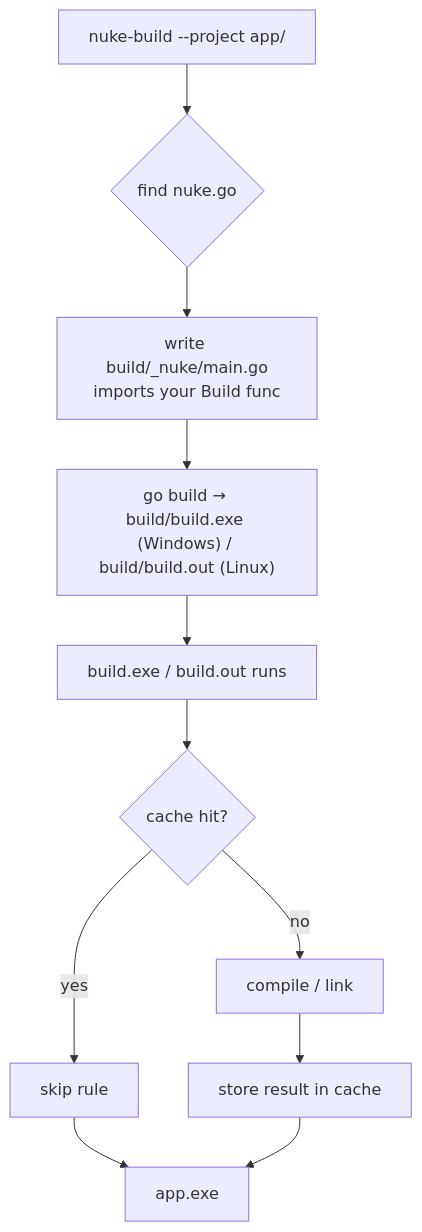
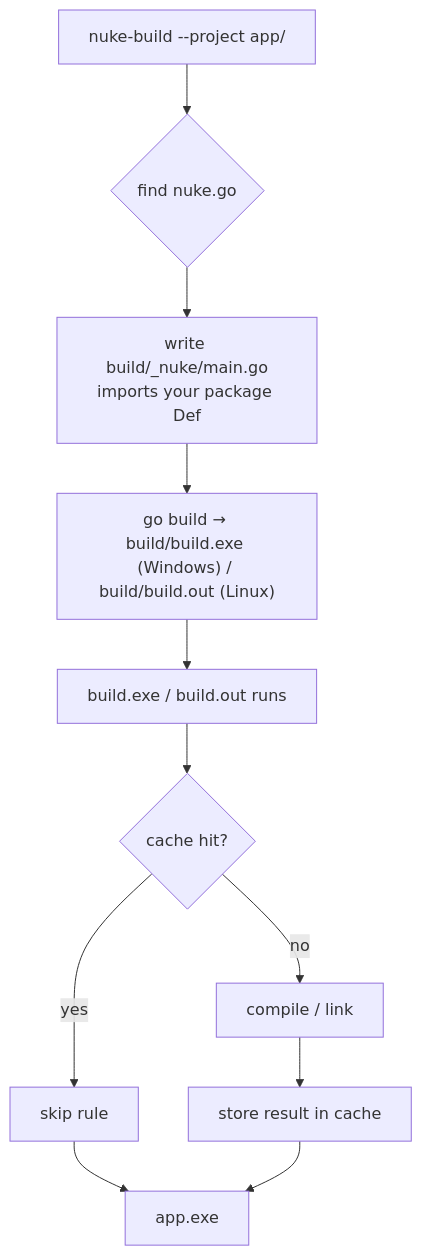
The diagram in QUICKSTART.md (bradphelan/nuke-engine), drawn with Mermaid before and after one commit. The commit also changed other lines of this file and 15 other files, not shown here.

````diff
--- a/QUICKSTART.md
+++ b/QUICKSTART.md
@@ -106,12 +106,12 @@
 ```mermaid
 flowchart TD
     A["nuke-build --project app/"] --> B{find nuke.go}
-    B --> C[write build/_nuke/main.go\nimports your Build func]
+    B --> C[write build/_nuke/main.go\nimports your package Def]
     C --> D["go build → build/build.exe (Windows) / build/build.out (Linux)"]
     D --> E[build.exe / build.out runs]
     E --> F{cache hit?}
     F -- yes --> G[skip rule]
     F -- no --> H[compile / link]
     H --> I[store result in cache]
     G & I --> J[app.exe]
 ```
````
